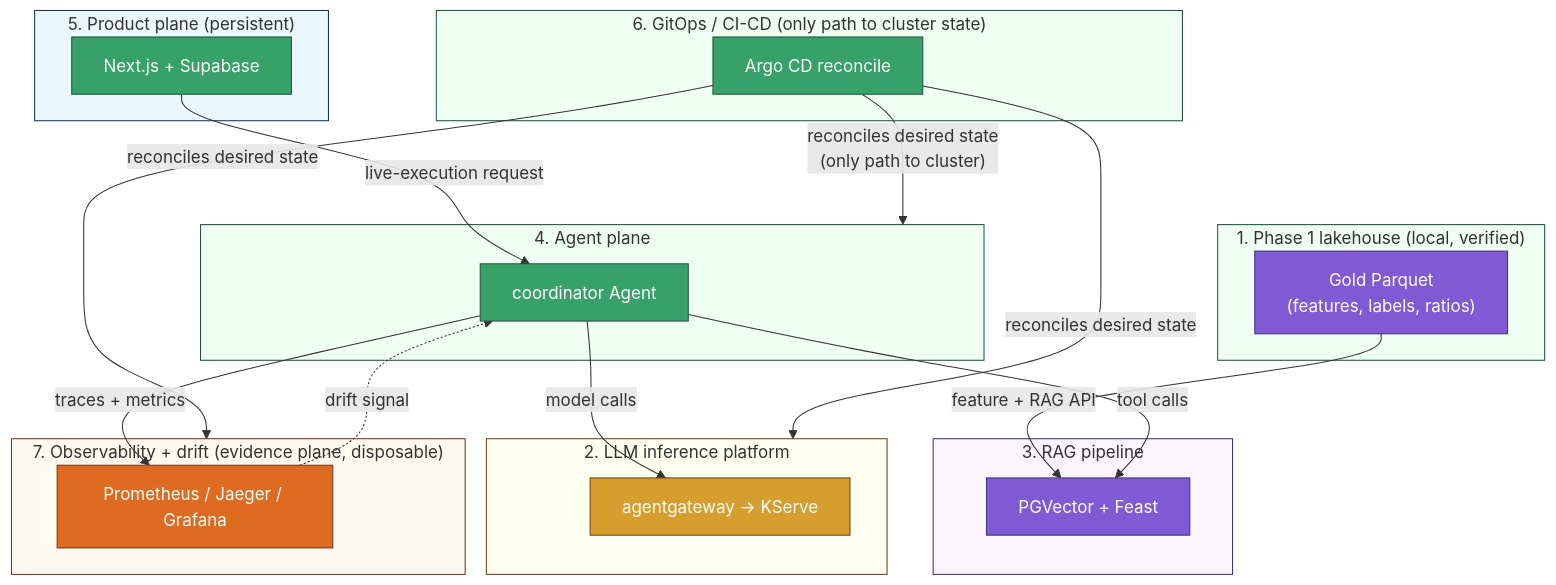
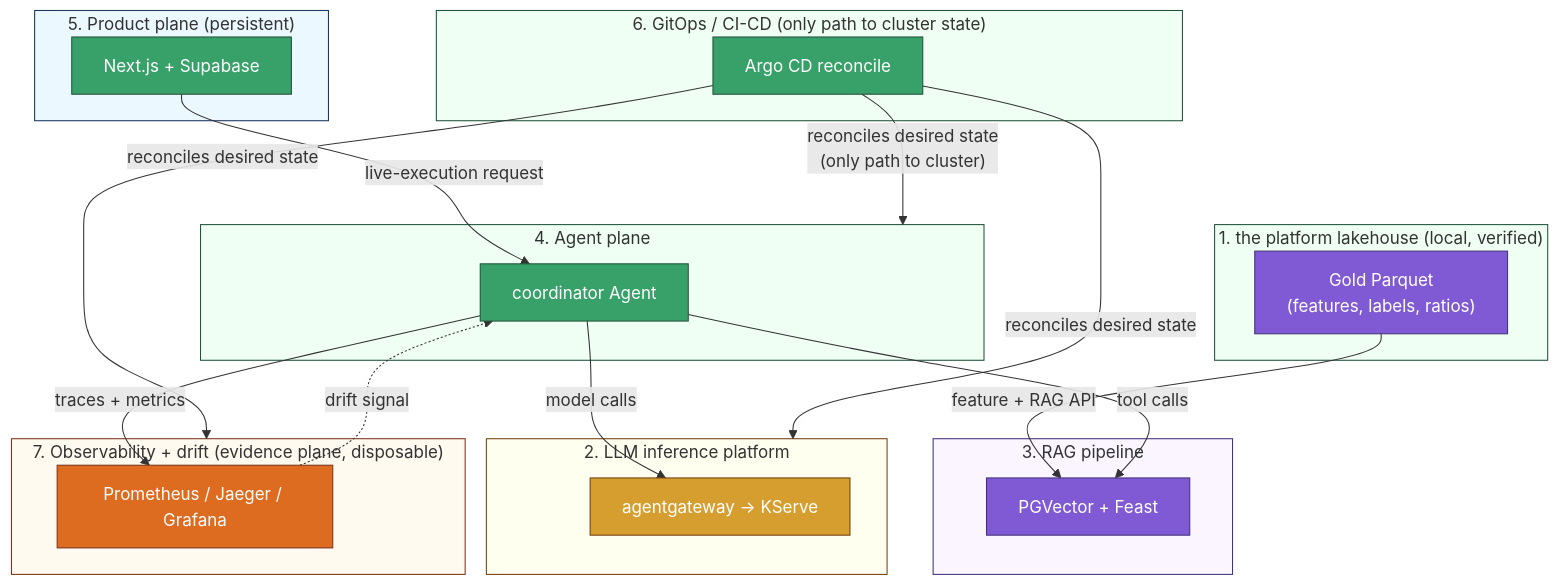
Before and after one commit to emanhthangngot/Financial-Distress-Data: the diagram in docs/architecture/system-overview.mmd, drawn with Mermaid. The commit also changed 375 other files, not shown here.

```diff
--- a/docs/architecture/system-overview.mmd
+++ b/docs/architecture/system-overview.mmd
@@ -1,55 +1,55 @@
 %% Composed system diagram — README hero image. Subgraph-level only; each
 %% subgraph corresponds to one subsystem-NN-*.mmd source. Cross-boundary
 %% contracts are the labeled edges between subgraphs.
 flowchart TB
     classDef edge fill:#2b6cb0,stroke:#1a365d,color:#fff
     classDef service fill:#38a169,stroke:#22543d,color:#fff
     classDef store fill:#805ad5,stroke:#44337a,color:#fff
     classDef model fill:#d69e2e,stroke:#744210,color:#fff
     classDef result fill:#dd6b20,stroke:#7b341e,color:#fff
 
-    subgraph L1["1. Phase 1 lakehouse (local, verified)"]
+    subgraph L1["1. the platform lakehouse (local, verified)"]
         GOLD["Gold Parquet<br/>(features, labels, ratios)"]:::store
     end
 
     subgraph L5["5. Product plane (persistent)"]
         NEXTJS["Next.js + Supabase"]:::service
     end
 
     subgraph L4["4. Agent plane"]
         COORD["coordinator Agent"]:::service
     end
 
     subgraph L3["3. RAG pipeline"]
         RAGSTORE["PGVector + Feast"]:::store
     end
 
     subgraph L2["2. LLM inference platform"]
         GATEWAY["agentgateway -> KServe"]:::model
     end
 
     subgraph L6["6. GitOps / CI-CD (only path to cluster state)"]
         ARGO["Argo CD reconcile"]:::service
     end
 
     subgraph L7["7. Observability + drift (evidence plane, disposable)"]
         OBS["Prometheus / Jaeger / Grafana"]:::result
     end
 
     GOLD -->|"feature + RAG API"| RAGSTORE
     NEXTJS -->|"live-execution request"| COORD
     COORD -->|"tool calls"| RAGSTORE
     COORD -->|"model calls"| GATEWAY
     COORD -->|"traces + metrics"| OBS
     ARGO -->|"reconciles desired state<br/>(only path to cluster)"| L4
     ARGO -->|"reconciles desired state"| L2
     ARGO -->|"reconciles desired state"| L7
     OBS -.->|"drift signal"| COORD
 
     style L1 fill:#f0fff4,stroke:#22543d
     style L5 fill:#ebf8ff,stroke:#1a365d
     style L4 fill:#f0fff4,stroke:#22543d
     style L3 fill:#faf5ff,stroke:#44337a
     style L2 fill:#fffff0,stroke:#744210
     style L6 fill:#f0fff4,stroke:#22543d
     style L7 fill:#fffaf0,stroke:#7b341e
```
